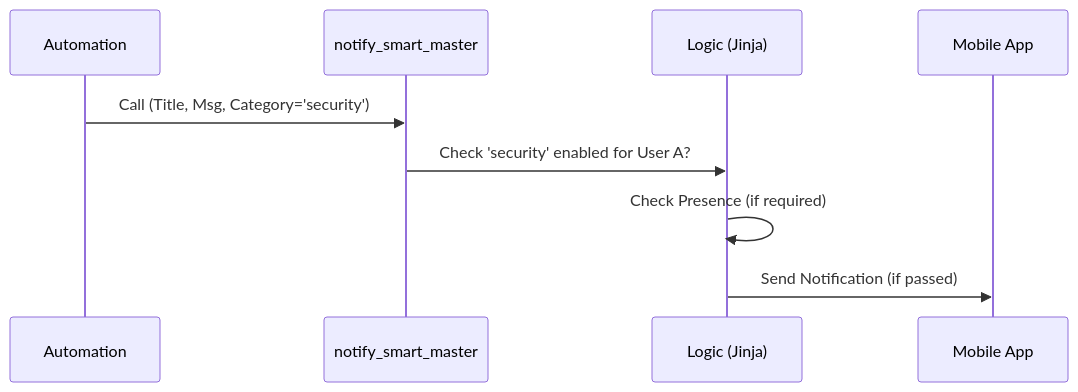
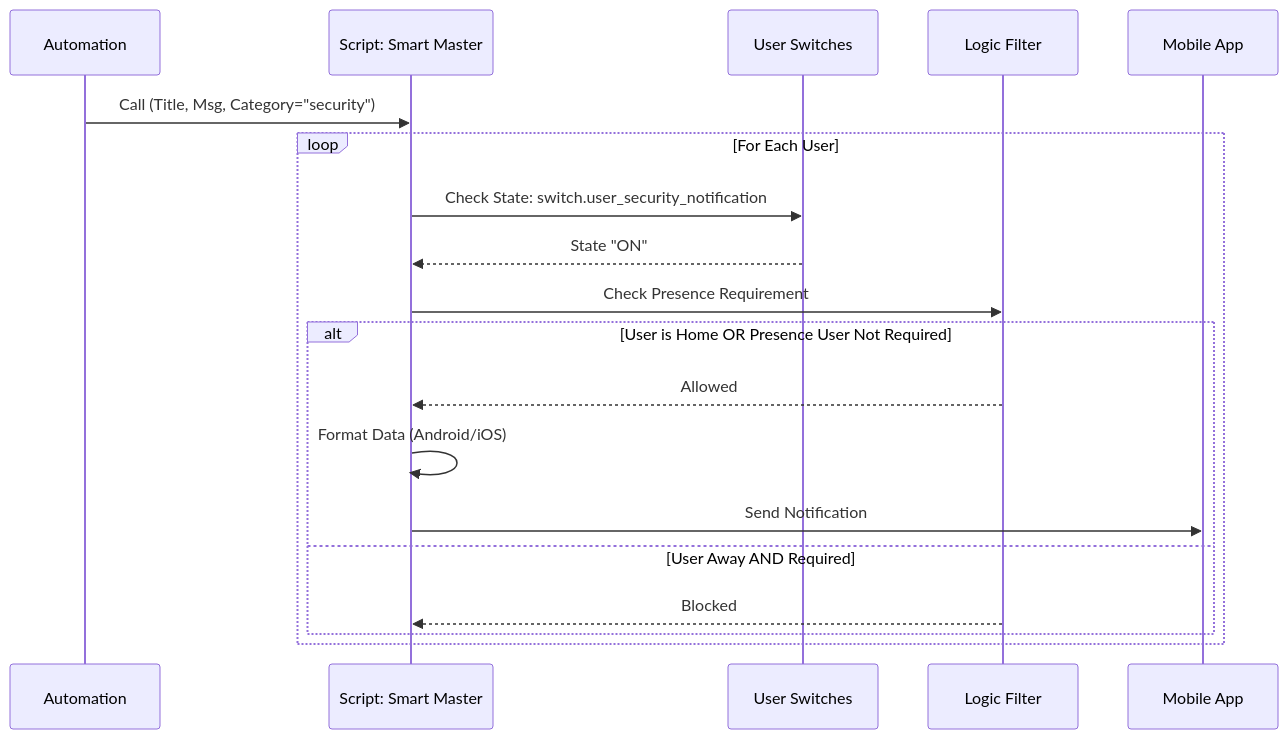
Before and after one commit to EvisHome/EvisHomeLab: the diagram in docs/smart-home/packages/smart_notifications.md, drawn with Mermaid. The commit also changed other lines of this file, not shown here.

````diff
--- a/docs/smart-home/packages/smart_notifications.md
+++ b/docs/smart-home/packages/smart_notifications.md
@@ -7,12 +41,23 @@
 ```mermaid
 sequenceDiagram
     participant Auto as Automation
-    participant Script as notify_smart_master
-    participant Router as Logic (Jinja)
-    participant Phone as Mobile App
+    participant Router as Script: Smart Master
+    participant Config as User Switches
+    participant Logic as Logic Filter
+    participant App as Mobile App
 
-    Auto->>Script: Call (Title, Msg, Category='security')
-    Script->>Router: Check 'security' enabled for User A?
-    Router->>Router: Check Presence (if required)
-    Router->>Phone: Send Notification (if passed)
+    Auto->>Router: Call (Title, Msg, Category="security")
+    loop For Each User
+        Router->>Config: Check State: switch.user_security_notification
+        Config-->>Router: State "ON"
+        
+        Router->>Logic: Check Presence Requirement
+        alt User is Home OR Presence User Not Required
+            Logic-->>Router: Allowed
+            Router->>Router: Format Data (Android/iOS)
+            Router->>App: Send Notification
+        else User Away AND Required
+            Logic-->>Router: Blocked
+        end
+    end
 ```
````
